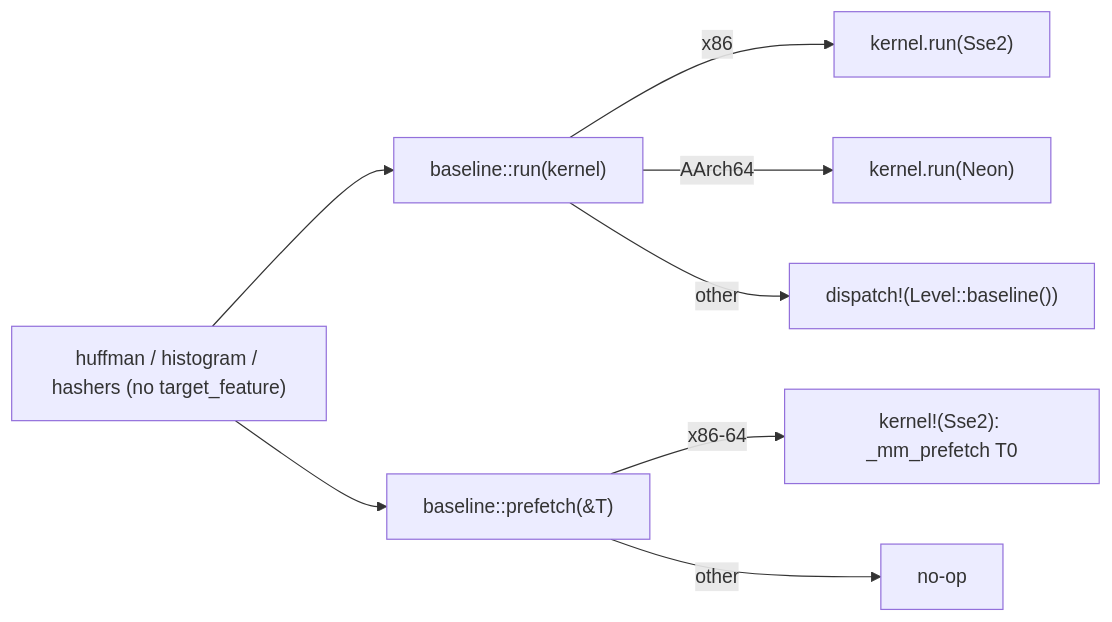
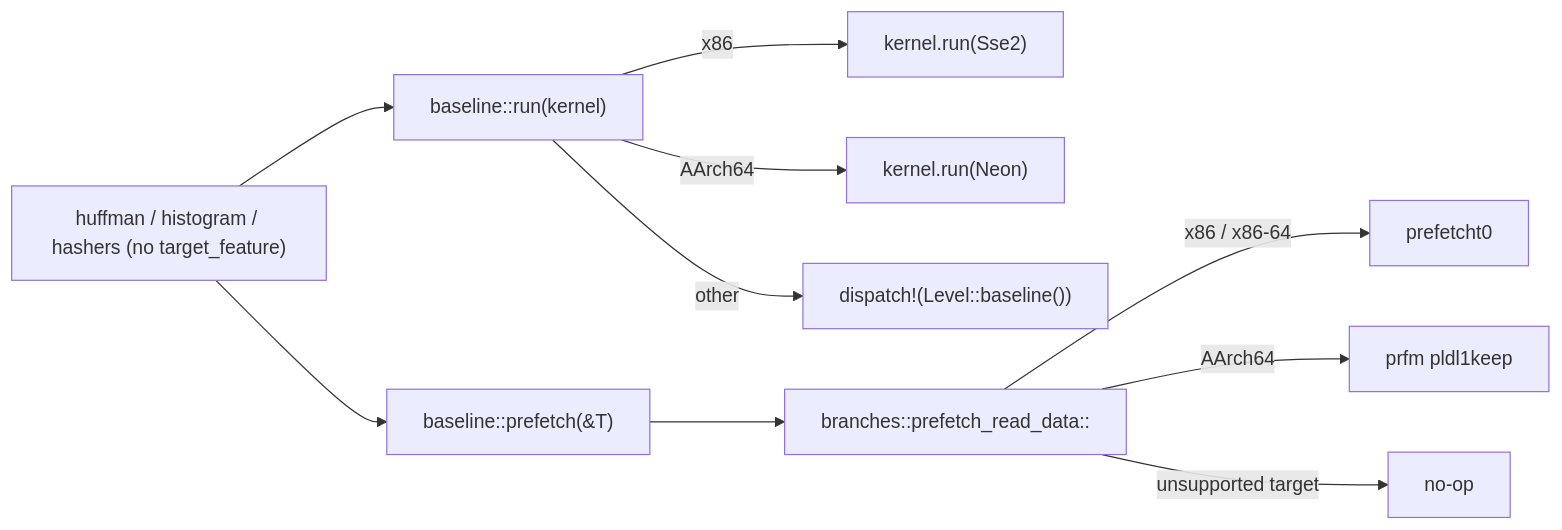
The third of 4 diagrams in architecture/shared-primitives.md (M-Compressors/mbrotli), drawn with Mermaid before and after one commit. The commit also changed other lines of this file and 4 other files, not shown here.

Commit message:
migrate prefetch to branches

````diff
--- a/architecture/shared-primitives.md
+++ b/architecture/shared-primitives.md
@@ -83,10 +86,12 @@
 ```mermaid
 flowchart LR
     Caller["huffman / histogram / hashers (no target_feature)"] --> Run["baseline::run(kernel)"]
     Run -->|x86| SSE2["kernel.run(Sse2)"]
     Run -->|AArch64| NEON["kernel.run(Neon)"]
     Run -->|other| Any["dispatch!(Level::baseline())"]
     Caller --> Pre["baseline::prefetch(&T)"]
-    Pre -->|x86-64| K["kernel!(Sse2): _mm_prefetch T0"]
-    Pre -->|other| Nop["no-op"]
+    Pre --> B["branches::prefetch_read_data::<T, 0>"]
+    B -->|x86 / x86-64| T0["prefetcht0"]
+    B -->|AArch64| PLD["prfm pldl1keep"]
+    B -->|unsupported target| Nop["no-op"]
 ```
````
